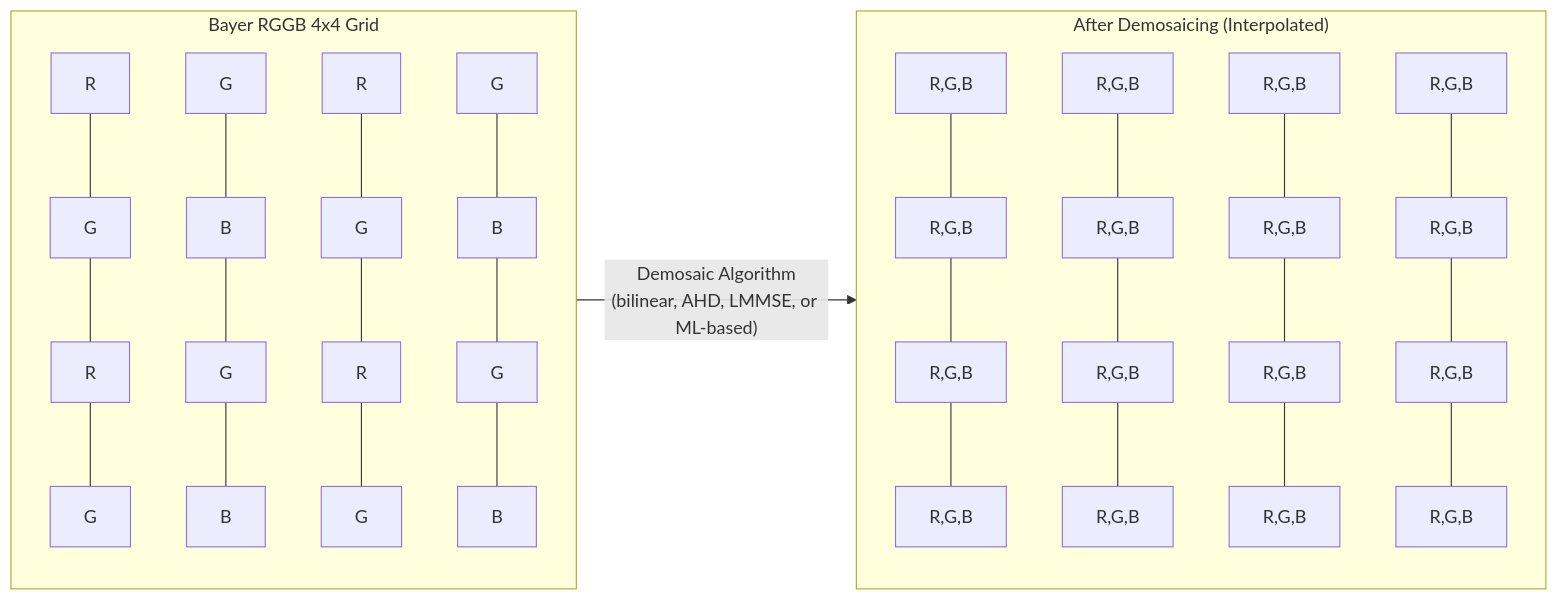
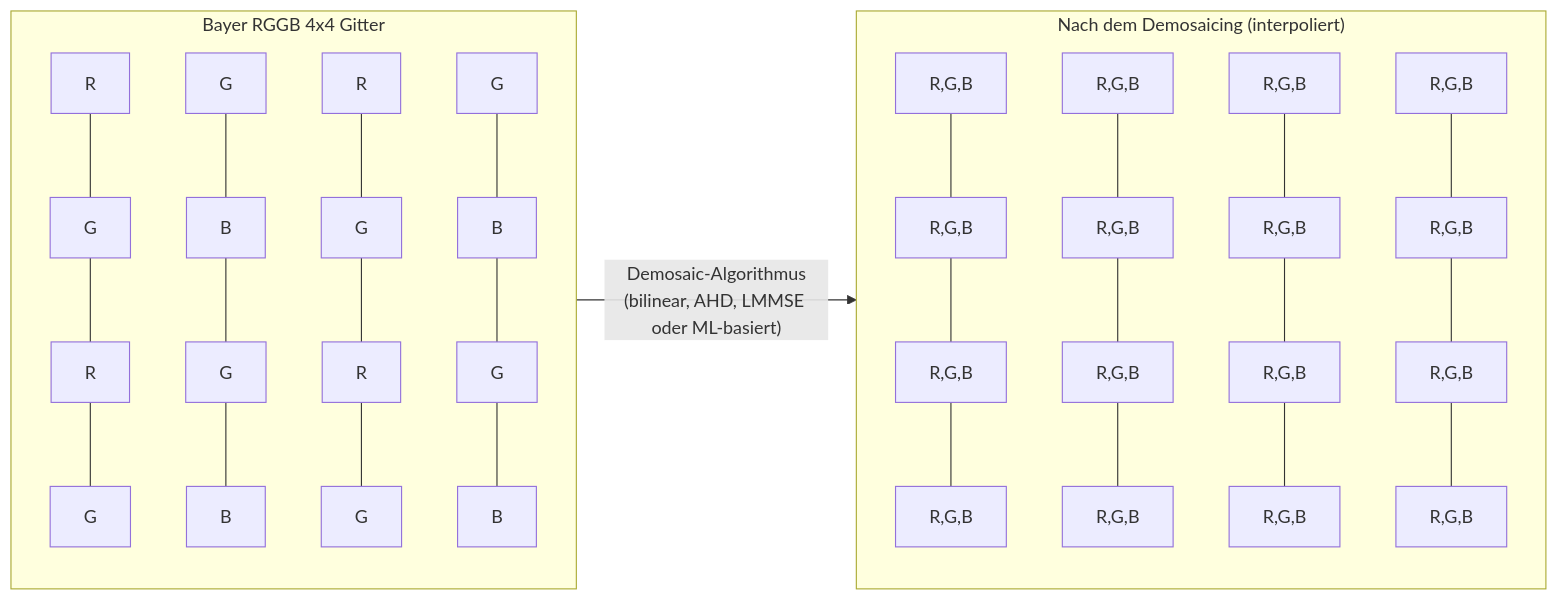
The second of 3 diagrams in website/i18n/de/docusaurus-plugin-content-docs/current/camera2/raw-photography.md (zoozooll/AndroidCameraParameters), drawn with Mermaid before and after one commit. The commit also changed other lines of this file and 378 other files, not shown here.

````diff
--- a/website/i18n/de/docusaurus-plugin-content-docs/current/camera2/raw-photography.md
+++ b/website/i18n/de/docusaurus-plugin-content-docs/current/camera2/raw-photography.md
@@ -67,18 +67,18 @@
 ```mermaid
 graph LR
-    subgraph CFA["Bayer RGGB 4x4 Grid"]
+    subgraph CFA["Bayer RGGB 4x4 Gitter"]
         direction TB
         R11["R"] --- G12["G"] --- R13["R"] --- G14["G"]
         G21["G"] --- B22["B"] --- G23["G"] --- B24["B"]
         R31["R"] --- G32["G"] --- R33["R"] --- G34["G"]
         G41["G"] --- B42["B"] --- G43["G"] --- B44["B"]
     end
-    subgraph DEMO["After Demosaicing (Interpolated)"]
+    subgraph DEMO["Nach dem Demosaicing (interpoliert)"]
         direction TB
         P11["R,G,B"] --- P12["R,G,B"] --- P13["R,G,B"] --- P14["R,G,B"]
         P21["R,G,B"] --- P22["R,G,B"] --- P23["R,G,B"] --- P24["R,G,B"]
         P31["R,G,B"] --- P32["R,G,B"] --- P33["R,G,B"] --- P34["R,G,B"]
         P41["R,G,B"] --- P42["R,G,B"] --- P43["R,G,B"] --- P44["R,G,B"]
     end
-    CFA -->|"Demosaic Algorithm\n(bilinear, AHD, LMMSE, or ML-based)"| DEMO
+    CFA -->|"Demosaic-Algorithmus<br/>(bilinear, AHD, LMMSE oder ML-basiert)"| DEMO
 ```
````
